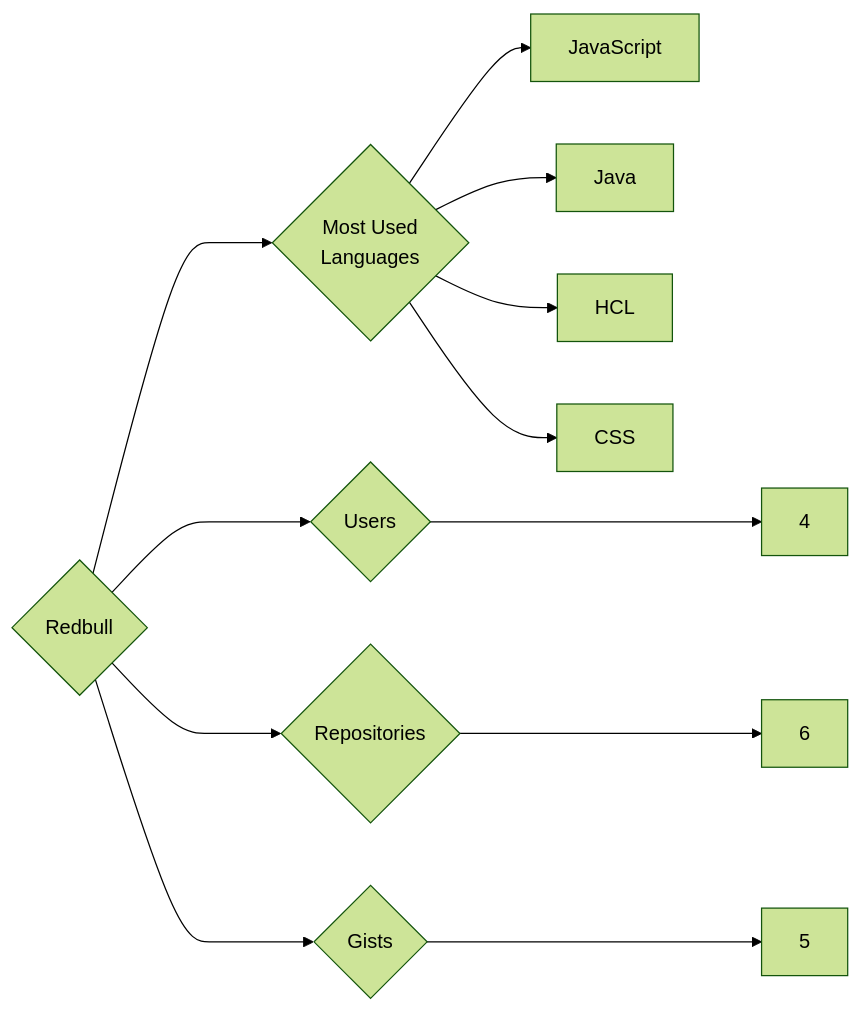
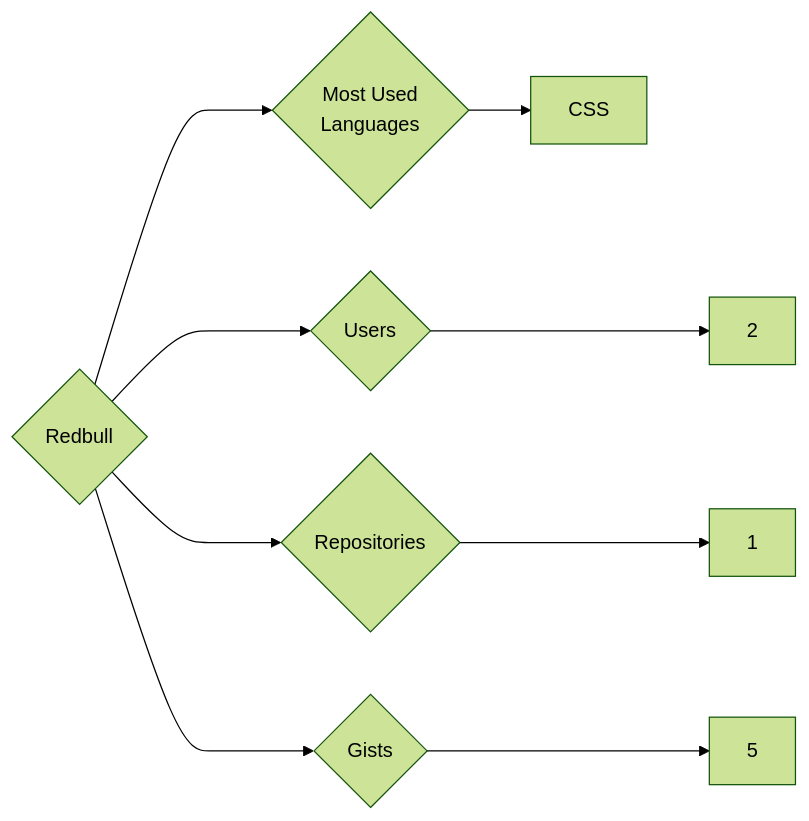
One commit to trickest/insiders changed the diagram in targets/Redbull/README.md. Above: the diagram before and after it, drawn with Mermaid (forest theme). The commit also changed 964 other files, not shown here.

````diff
--- a/targets/Redbull/README.md
+++ b/targets/Redbull/README.md
@@ -3,12 +3,9 @@
 ```mermaid
 graph LR
 COMPANY_NAME{Redbull}
-COMPANY_NAME ---> U{Users} ---> UN[4]
-COMPANY_NAME ---> R{Repositories} ---> RN[6]
+COMPANY_NAME ---> U{Users} ---> UN[2]
+COMPANY_NAME ---> R{Repositories} ---> RN[1]
 COMPANY_NAME ---> G{Gists} ---> GN[5]
 COMPANY_NAME ---> ML{Most Used<br>Languages}
-ML --> JavaScript[JavaScript]
-ML --> Java[Java]
-ML --> HCL[HCL]
 ML --> CSS[CSS]
 ```
````
